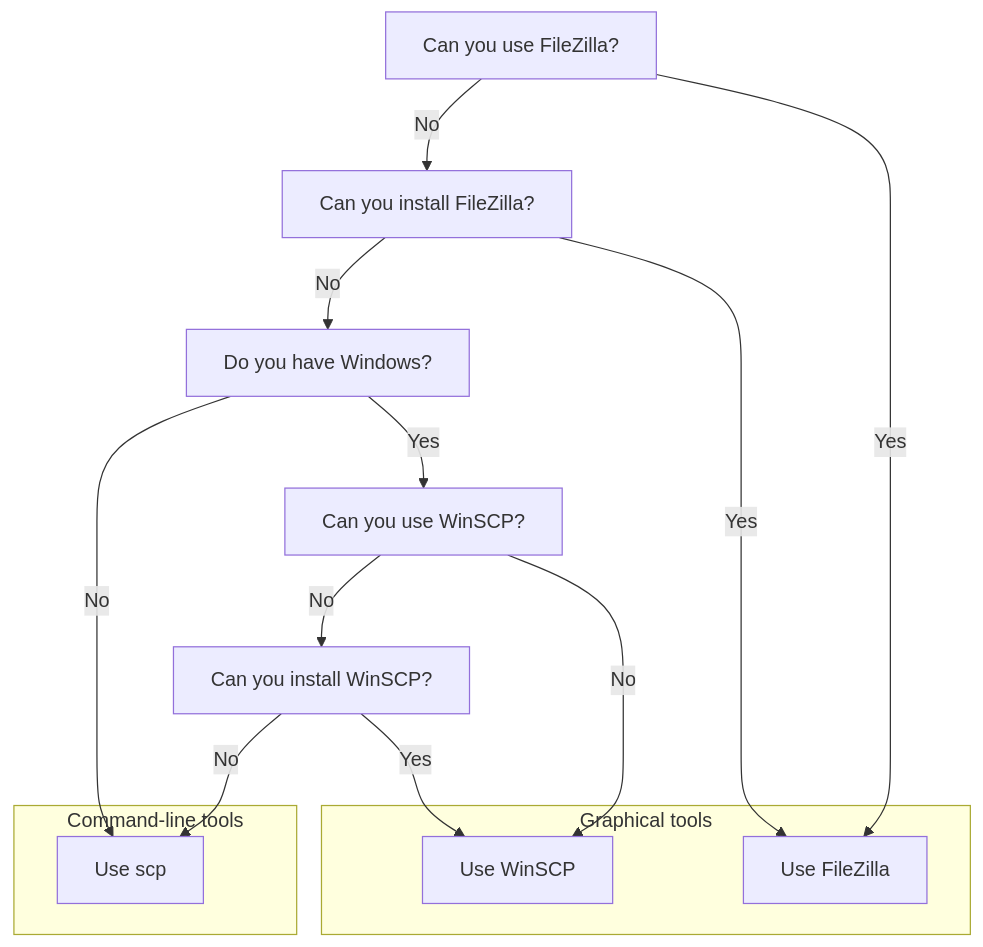
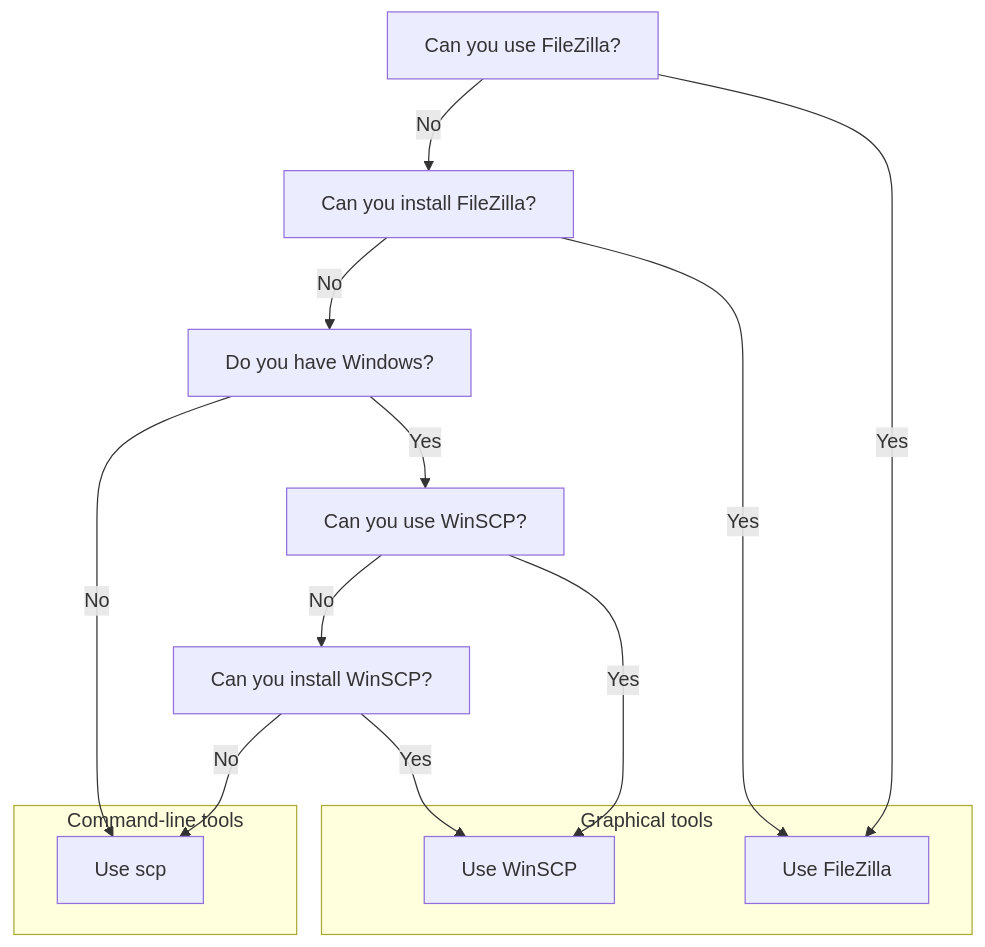
One commit to UPPMAX/uppmax_intro_day_1 changed the diagram in docs/sessions/file_transfer.md. Above: the diagram before and after it, drawn with Mermaid.

````diff
--- a/docs/sessions/file_transfer.md
+++ b/docs/sessions/file_transfer.md
@@ -77,31 +77,31 @@
 ```mermaid
 flowchart TD
 
   can_use_filezilla[Can you use FileZilla?]
   can_install_filezilla[Can you install FileZilla?]
   have_windows[Do you have Windows?]
   can_use_winscp[Can you use WinSCP?]
   can_install_winscp[Can you install WinSCP?]
 
   can_use_filezilla --> |No| can_install_filezilla
   can_install_filezilla --> |No| have_windows
   have_windows --> |No| scp
   can_use_winscp --> |No| can_install_winscp
   can_install_winscp --> |No| scp
 
   can_use_filezilla --> |Yes| filezilla
   can_install_filezilla --> |Yes| filezilla
   have_windows --> |Yes| can_use_winscp
-  can_use_winscp --> |No| winscp
+  can_use_winscp --> |Yes| winscp
   can_install_winscp --> |Yes| winscp
 
 
   subgraph graphical_tools[Graphical tools]
   filezilla[Use FileZilla]
   winscp[Use WinSCP]
   end
 
   subgraph command_line_tools[Command-line tools]
   scp[Use scp]
   end
 ```
````
